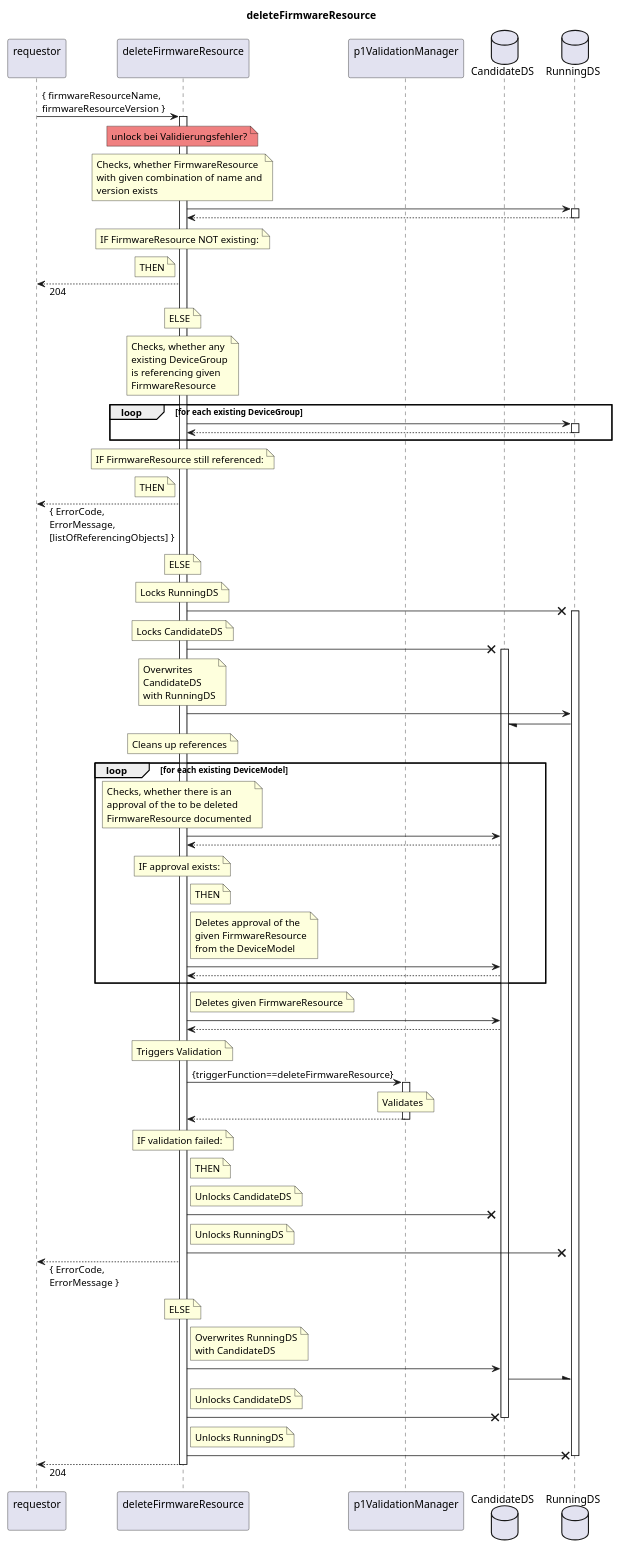
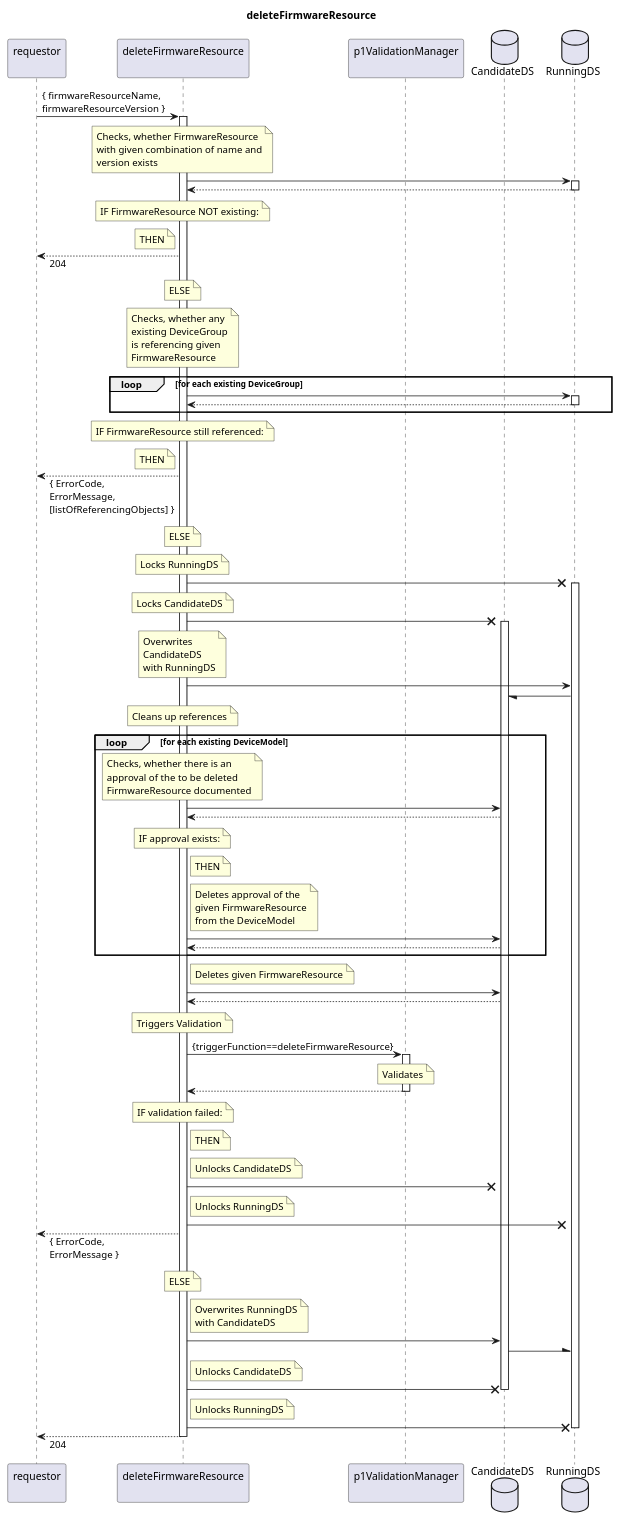
Before and after one commit to openBackhaul/FirmWareManager: the diagram in spec/Services/deleteFirmwareResource/1.0.0/deleteFirmwareResource.plantuml, drawn with PlantUML. The commit also changed 7 other files, not shown here.

Commit message:
removed notes from diagrams

```diff
--- a/spec/Services/deleteFirmwareResource/1.0.0/deleteFirmwareResource.plantuml
+++ b/spec/Services/deleteFirmwareResource/1.0.0/deleteFirmwareResource.plantuml
@@ -1,164 +1,160 @@
 @startuml deleteFirmwareResource
 skinparam responseMessageBelowArrow true
 
 title
   deleteFirmwareResource
 end title
 
 participant "requestor\n" as requestor
 participant "deleteFirmwareResource\n" as indServ
 participant "p1ValidationManager\n" as valiMan
 database "CandidateDS" as CanDS
 database "RunningDS" as RunDS
 
 requestor -> indServ: { firmwareResourceName,\nfirmwareResourceVersion }
 activate indServ
-
-  note over indServ #LightCoral
-    unlock bei Validierungsfehler?
-  end note
 
   note over indServ
     Checks, whether FirmwareResource
     with given combination of name and
     version exists
   end note
   indServ -> RunDS
   activate RunDS
   indServ <-- RunDS
   deactivate RunDS
   note over indServ
     IF FirmwareResource NOT existing:
   end note
   note left indServ
     THEN
   end note
   requestor <-- indServ: 204
   note over indServ
     ELSE
   end note
 
   note over indServ
     Checks, whether any
     existing DeviceGroup
     is referencing given
     FirmwareResource
   end note
   loop for each existing DeviceGroup
     indServ -> RunDS
     activate RunDS
     indServ <-- RunDS
     deactivate RunDS
   end loop
   note over indServ
     IF FirmwareResource still referenced:
   end note
   note left indServ
     THEN
   end note
   requestor <-- indServ: { ErrorCode,\nErrorMessage,\n[listOfReferencingObjects] }
   note over indServ
     ELSE
   end note
 
   note over indServ
     Locks RunningDS
   end note
   indServ -X RunDS
   activate RunDS
   note over indServ
     Locks CandidateDS
   end note
   indServ -X CanDS
   activate CanDS
   note over indServ
     Overwrites
     CandidateDS
     with RunningDS
   end note
   indServ -> RunDS
   RunDS -/ CanDS
 
   note over indServ
     Cleans up references
   end note
   loop for each existing DeviceModel
     note over indServ
       Checks, whether there is an 
       approval of the to be deleted
       FirmwareResource documented
     end note
     indServ -> CanDS
     indServ <-- CanDS
     note over indServ
       IF approval exists:
     end note
     note right indServ
       THEN
     end note
     note right indServ
       Deletes approval of the
       given FirmwareResource
       from the DeviceModel
     end note
     indServ -> CanDS
     indServ <-- CanDS
   end loop
 
   note right indServ
     Deletes given FirmwareResource
   end note
   indServ -> CanDS
   indServ <-- CanDS
 
   note over indServ
     Triggers Validation
   end note
   indServ -> valiMan: {triggerFunction==deleteFirmwareResource}
   activate valiMan
     note over valiMan
       Validates
     end note
   indServ <-- valiMan
   deactivate valiMan
   note over indServ
     IF validation failed:
   end note
   note right indServ
     THEN
   end note
   note right indServ
     Unlocks CandidateDS
   end note
   indServ -X CanDS
   note right indServ
     Unlocks RunningDS
   end note
   indServ -X RunDS
   requestor <-- indServ: { ErrorCode,\nErrorMessage }
   note over indServ
     ELSE
   end note
 
   note right indServ
     Overwrites RunningDS
     with CandidateDS
   end note
   indServ -> CanDS
   CanDS -\ RunDS
   note right indServ
     Unlocks CandidateDS
   end note
   indServ -X CanDS
   deactivate CanDS
   note right indServ
     Unlocks RunningDS
   end note
   indServ -X RunDS
   deactivate RunDS
 
   requestor <-- indServ: 204
 
 deactivate indServ
 
 @enduml
```
